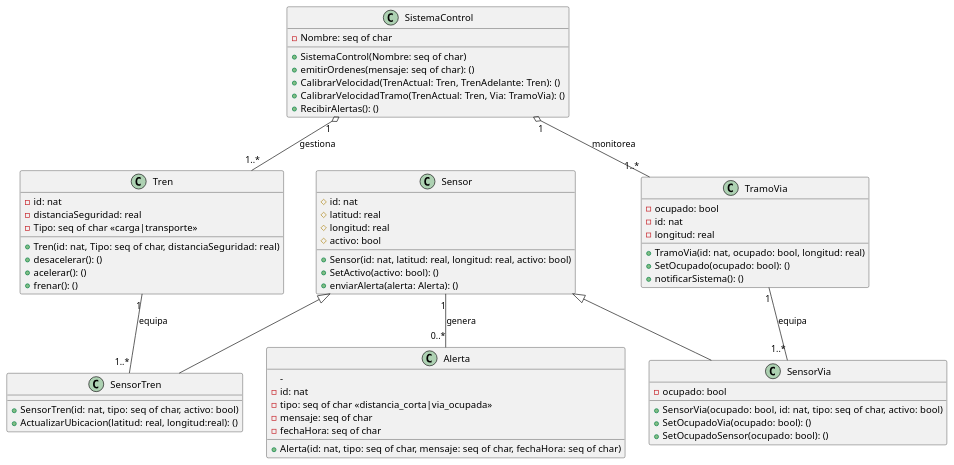
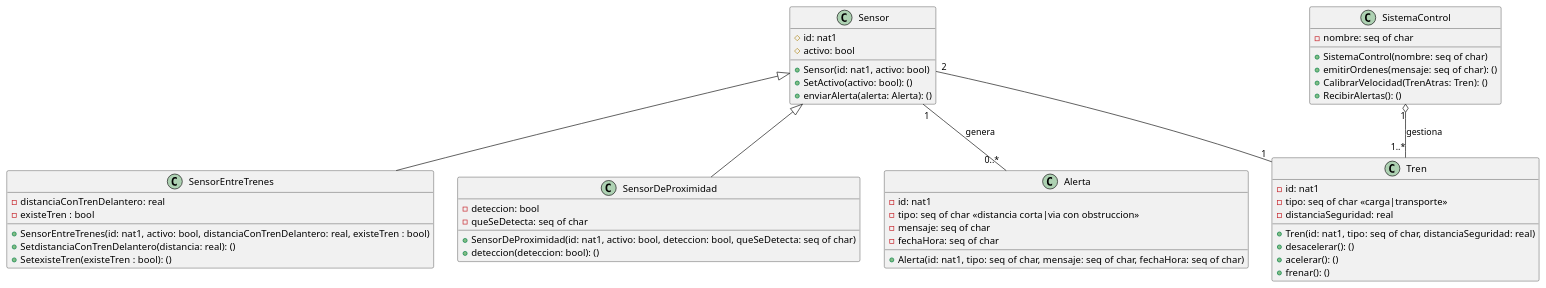
One commit to RodrigoStranger/mf-trafico-de-trenes changed the diagram in diagrama de clases/trafico-de-trenes.wsd. Above: the diagram before and after it, drawn with PlantUML.

```diff
--- a/diagrama de clases/trafico-de-trenes.wsd
+++ b/diagrama de clases/trafico-de-trenes.wsd
@@ -1,73 +1,58 @@
 @startuml trafico de trenes
 
 class Tren {
-    -id: nat
+    -id: nat1
+    -tipo: seq of char <<carga|transporte>>
     -distanciaSeguridad: real
-    -Tipo: seq of char <<carga|transporte>>
-    +Tren(id: nat, Tipo: seq of char, distanciaSeguridad: real)
+    +Tren(id: nat1, tipo: seq of char, distanciaSeguridad: real)
     +desacelerar(): ()
     +acelerar(): ()
     +frenar(): ()
 }
 
-class TramoVia {
-    -ocupado: bool
-    -id: nat
-    -longitud: real
-    +TramoVia(id: nat, ocupado: bool, longitud: real)
-    +SetOcupado(ocupado: bool): ()
-    +notificarSistema(): ()
-}
-
 class Sensor {
-    #id: nat
-    #latitud: real 
-    #longitud: real 
+    #id: nat1
     #activo: bool
-    +Sensor(id: nat, latitud: real, longitud: real, activo: bool)
+    +Sensor(id: nat1, activo: bool)
     +SetActivo(activo: bool): ()
     +enviarAlerta(alerta: Alerta): ()
 }
 
-class SensorTren {
-    +SensorTren(id: nat, tipo: seq of char, activo: bool)
-    +ActualizarUbicacion(latitud: real, longitud:real): ()
+class SensorEntreTrenes{
+    -distanciaConTrenDelantero: real
+    -existeTren : bool
+    +SensorEntreTrenes(id: nat1, activo: bool, distanciaConTrenDelantero: real, existeTren : bool)
+    +SetdistanciaConTrenDelantero(distancia: real): ()
+    +SetexisteTren(existeTren : bool): ()
 }
 
-class SensorVia {
-    -ocupado: bool
-    +SensorVia(ocupado: bool, id: nat, tipo: seq of char, activo: bool)
-    +SetOcupadoVia(ocupado: bool): ()
-    +SetOcupadoSensor(ocupado: bool): ()
+class SensorDeProximidad {
+    -deteccion: bool
+    -queSeDetecta: seq of char
+    +SensorDeProximidad(id: nat1, activo: bool, deteccion: bool, queSeDetecta: seq of char)
+    +deteccion(deteccion: bool): ()
 }
 
 class Alerta {
-    -
-    -id: nat
-    -tipo: seq of char <<distancia_corta|via_ocupada>>
+    -id: nat1
+    -tipo: seq of char <<distancia corta|via con obstruccion>>
     -mensaje: seq of char
     -fechaHora: seq of char
-    +Alerta(id: nat, tipo: seq of char, mensaje: seq of char, fechaHora: seq of char)
+    +Alerta(id: nat1, tipo: seq of char, mensaje: seq of char, fechaHora: seq of char)
 }
 
 class SistemaControl {
-    -Nombre: seq of char
-    +SistemaControl(Nombre: seq of char)
+    -nombre: seq of char
+    +SistemaControl(nombre: seq of char)
     +emitirOrdenes(mensaje: seq of char): ()
-    +CalibrarVelocidad(TrenActual: Tren, TrenAdelante: Tren): ()
-    +CalibrarVelocidadTramo(TrenActual: Tren, Via: TramoVia): ()
+    +CalibrarVelocidad(TrenAtras: Tren): ()
     +RecibirAlertas(): ()
 }
 
-Sensor <|-- SensorTren
-Sensor <|-- SensorVia
+Sensor <|-- SensorEntreTrenes
+Sensor <|-- SensorDeProximidad
 
-SistemaControl "1" o-- "1..*" Tren : gestiona 
-SistemaControl "1" o-- "1..*" TramoVia : monitorea 
-
-TramoVia "1" -- "1..*" SensorVia : equipa 
-Tren "1" -- "1..*" SensorTren : equipa
-
+SistemaControl "1" o-- "1..*" Tren : gestiona
 Sensor "1" -- "0..*" Alerta : genera
-
+Sensor "2" -- "1" Tren
 @enduml
```
